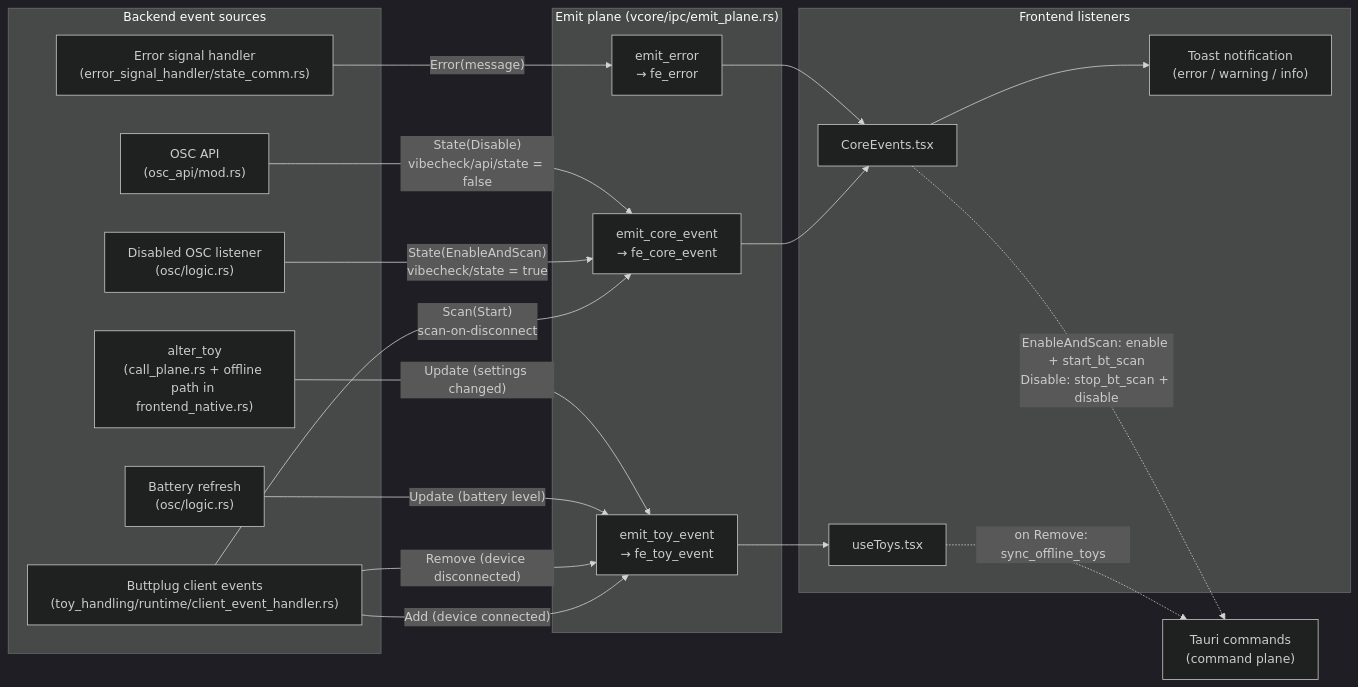
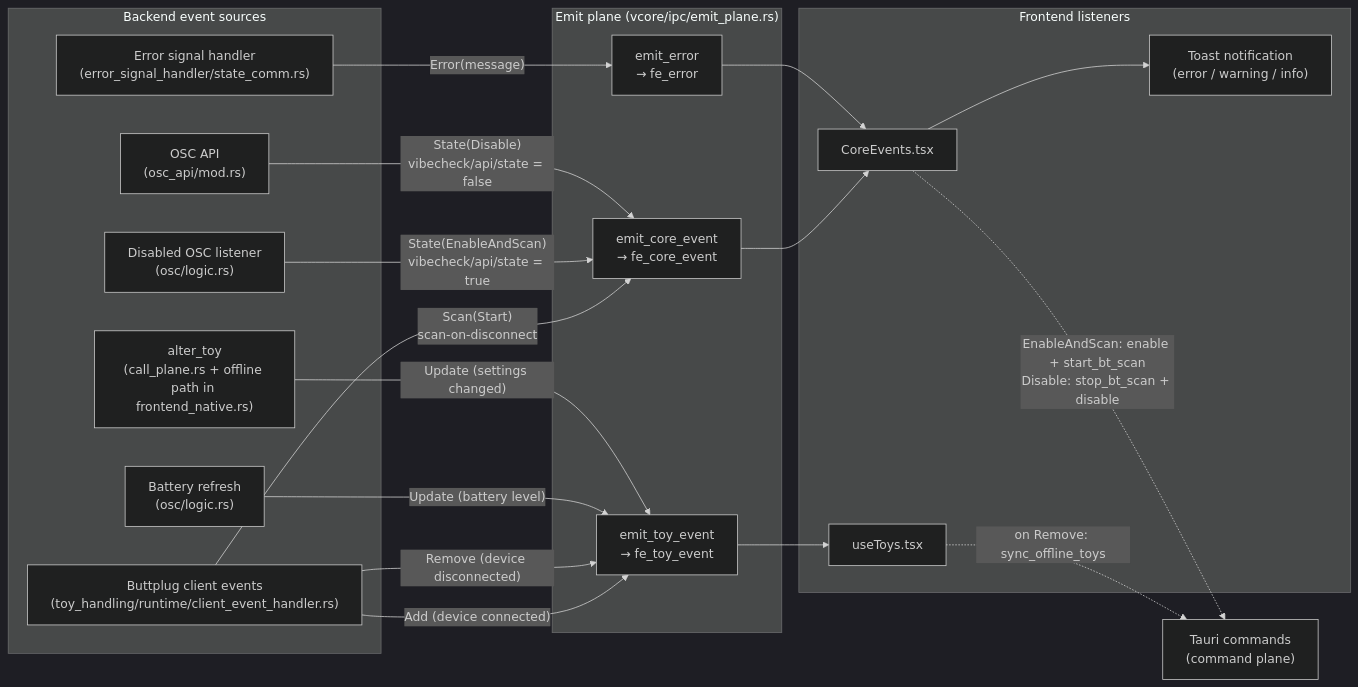
The diagram in docs/ipc/emit-plane.md (SutekhVRC/VibeCheck), drawn with Mermaid (dark theme) before and after one commit. The commit also changed 9 other files, not shown here.

First line of the commit message:
Turn VibeCheck on with vibecheck/api/state too; 0.6.6 (#79)

````diff
--- a/docs/ipc/emit-plane.md
+++ b/docs/ipc/emit-plane.md
@@ -9,42 +9,42 @@
 ```mermaid
 flowchart LR
   subgraph SRC["Backend event sources"]
     BCE["Buttplug client events<br/>(toy_handling/runtime/client_event_handler.rs)"]
     OSCL["Disabled OSC listener<br/>(osc/logic.rs)"]
     BAT["Battery refresh<br/>(osc/logic.rs)"]
     API["OSC API<br/>(osc_api/mod.rs)"]
     ALT["alter_toy<br/>(call_plane.rs + offline path in frontend_native.rs)"]
     ERR["Error signal handler<br/>(error_signal_handler/state_comm.rs)"]
   end
 
   subgraph EP["Emit plane (vcore/ipc/emit_plane.rs)"]
     ETE["emit_toy_event<br/>→ fe_toy_event"]
     ECE["emit_core_event<br/>→ fe_core_event"]
     EER["emit_error<br/>→ fe_error"]
   end
 
   subgraph FE["Frontend listeners"]
     UT["useToys.tsx"]
     CE["CoreEvents.tsx"]
     TOAST["Toast notification<br/>(error / warning / info)"]
   end
 
   CMDS["Tauri commands<br/>(command plane)"]
 
   BCE -- "Add (device connected)" --> ETE
   BCE -- "Remove (device disconnected)" --> ETE
   BCE -- "Scan(Start)<br/>scan-on-disconnect" --> ECE
   BAT -- "Update (battery level)" --> ETE
   ALT -- "Update (settings changed)" --> ETE
-  OSCL -- "State(EnableAndScan)<br/>vibecheck/state = true" --> ECE
+  OSCL -- "State(EnableAndScan)<br/>vibecheck/api/state = true" --> ECE
   API -- "State(Disable)<br/>vibecheck/api/state = false" --> ECE
   ERR -- "Error(message)" --> EER
 
   ETE --> UT
   ECE --> CE
   EER --> CE
   CE --> TOAST
 
   UT -. "on Remove: sync_offline_toys" .-> CMDS
   CE -. "EnableAndScan: enable + start_bt_scan<br/>Disable: stop_bt_scan + disable" .-> CMDS
 ```
````
